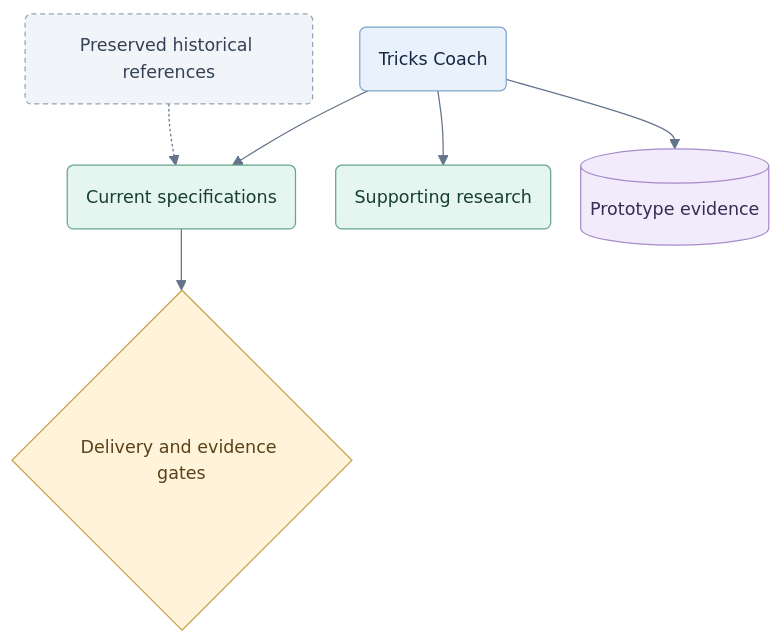
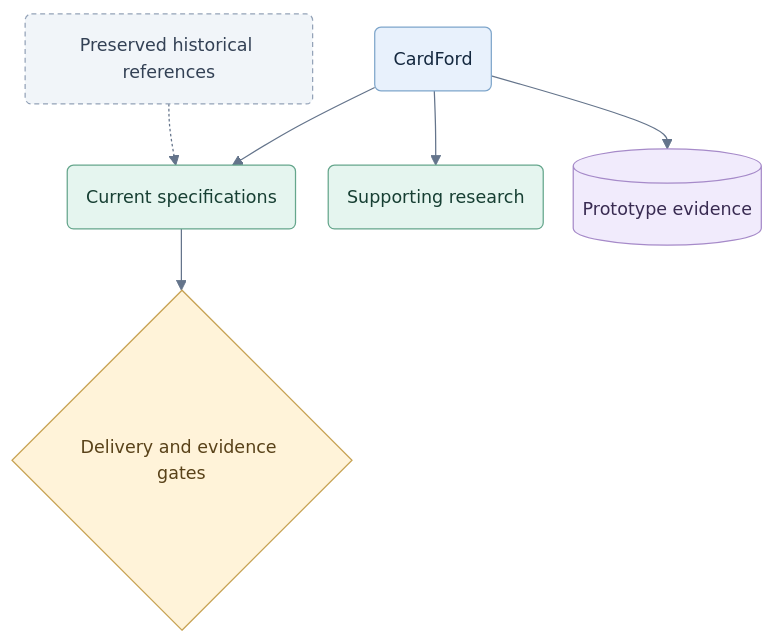
One commit to aflashback/cardford-as-is changed the diagram in planning/DIAGRAMS.md. Above: the diagram before and after it, drawn with Mermaid. The commit also changed other lines of this file and 21 other files, not shown here.

Commit message:
Rename product display to CardFord

````diff
--- a/planning/DIAGRAMS.md
+++ b/planning/DIAGRAMS.md
@@ -7,16 +7,16 @@
 ```mermaid
 %%{init: {"theme":"base","themeVariables":{"fontFamily":"Segoe UI, Arial, sans-serif","fontSize":"14px","lineColor":"#64748B","textColor":"#183153","primaryTextColor":"#183153","edgeLabelBackground":"#FFFFFF","clusterBkg":"#F8FAFC","clusterBorder":"#CBD5E1"},"flowchart":{"curve":"basis","htmlLabels":false,"nodeSpacing":24,"rankSpacing":36}}}%%
 flowchart TD
   accTitle: Navigate the diagram collection
   accDescr: Current specifications connect product experience to delivery gates, with supporting research and prototype evidence. Preserved references provide historical context.
-  A("Tricks Coach"):::view --> B("Current specifications"):::service
+  A("CardFord"):::view --> B("Current specifications"):::service
   B --> C{"Delivery and evidence gates"}:::gate
   A --> D("Supporting research"):::service
   A --> E[("Prototype evidence")]:::data
   F("Preserved historical references"):::muted -.-> B
   classDef view fill:#E8F1FC,stroke:#7FA6CB,color:#14283F;
   classDef service fill:#E5F5EF,stroke:#65A68C,color:#173F33;
   classDef data fill:#F1EBFC,stroke:#A68AC9,color:#392B52;
   classDef gate fill:#FFF3D9,stroke:#C7A253,color:#594219;
   classDef muted fill:#F1F5F9,stroke:#94A3B8,color:#334155,stroke-dasharray:4 3;
 ```
````
